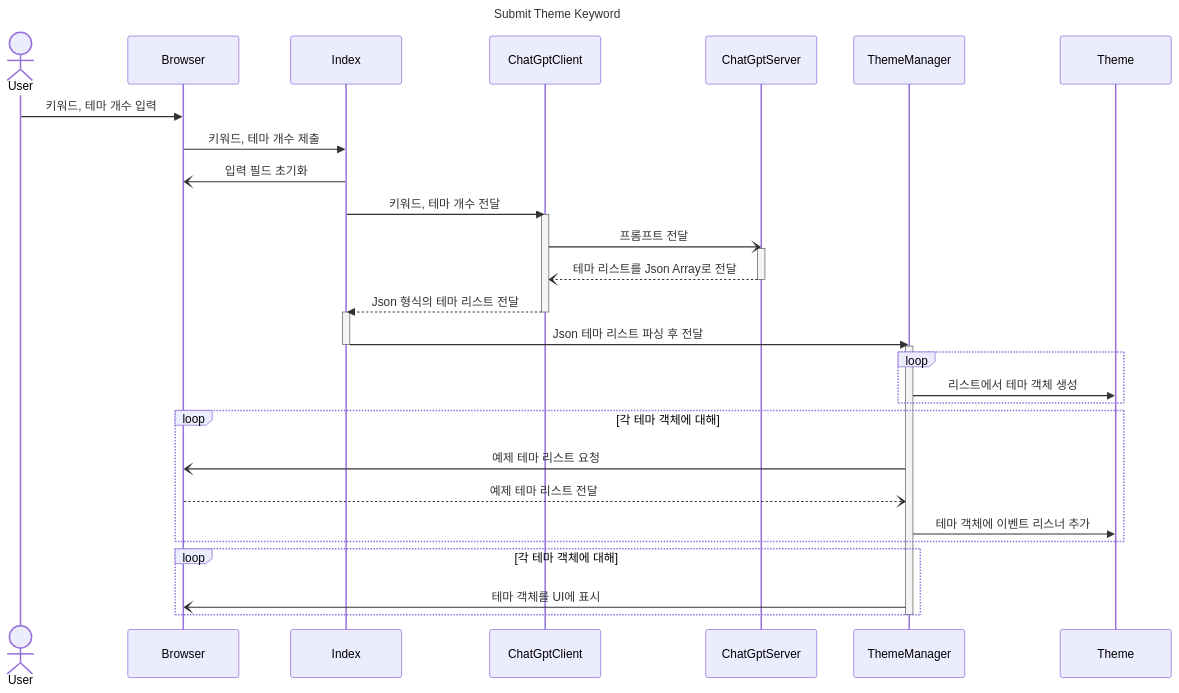
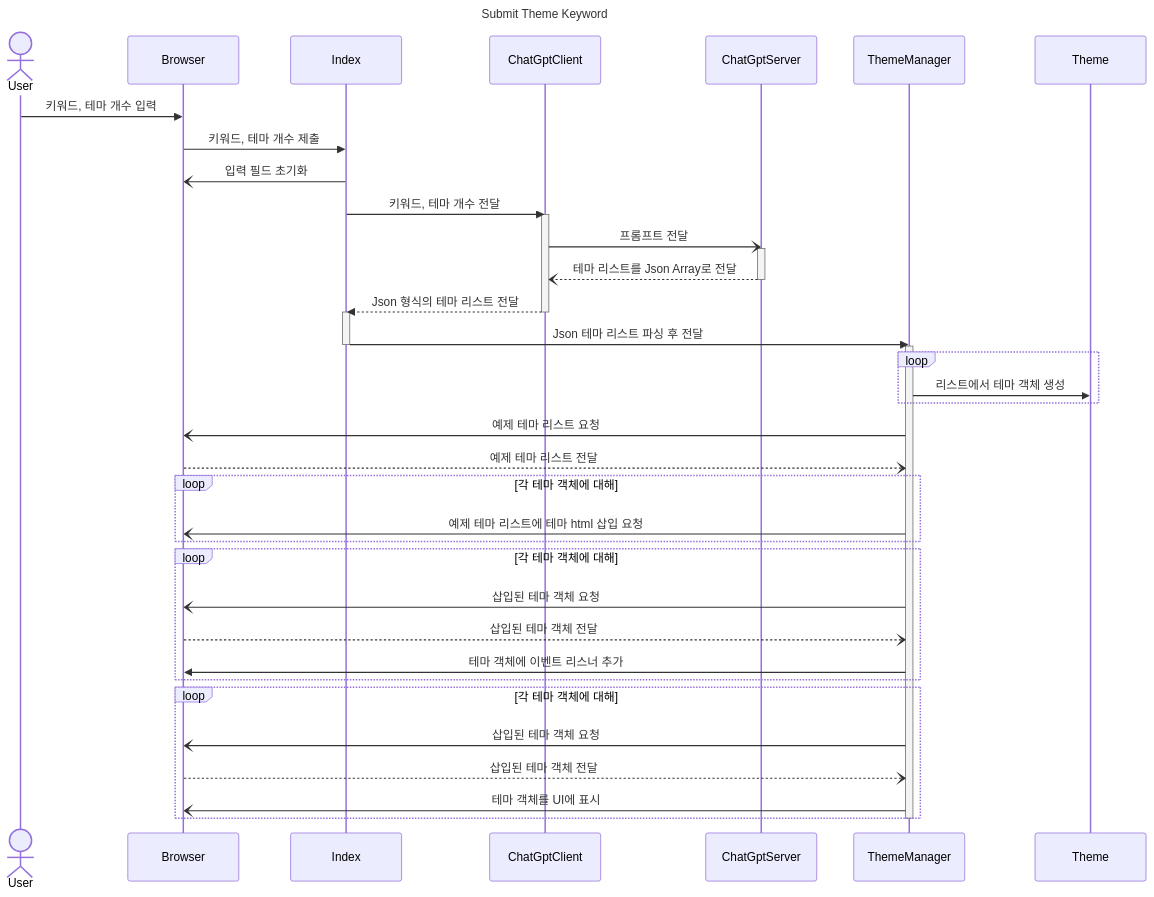
The third of 4 diagrams in README.md (ZeyaKim/themeforge), drawn with Mermaid before and after one commit. The commit also changed other lines of this file and 1 other file, not shown here.

Commit message:
📝 update sequence diagram

````diff
--- a/README.md
+++ b/README.md
@@ -175,40 +176,47 @@
 ```mermaid
 ---
 title: Submit Theme Keyword
 ---
 sequenceDiagram
     actor User
     participant Browser
     participant Index
     participant ChatGptClient
     participant ChatGptServer
     participant ThemeManager
 
     User->>Browser: 키워드, 테마 개수 입력
     Browser->>Index: 키워드, 테마 개수 제출
     Index-)Browser: 입력 필드 초기화
     Index->>ChatGptClient: 키워드, 테마 개수 전달
     activate ChatGptClient
     ChatGptClient-)ChatGptServer: 프롬프트 전달
     activate ChatGptServer
     ChatGptServer--)ChatGptClient: 테마 리스트를 Json Array로 전달
     deactivate ChatGptServer
     ChatGptClient-->>Index: Json 형식의 테마 리스트 전달
     deactivate ChatGptClient
     activate Index
     Index->>ThemeManager: Json 테마 리스트 파싱 후 전달
     deactivate Index
     activate ThemeManager
     loop
         ThemeManager->>Theme: 리스트에서 테마 객체 생성
     end
-    loop 각 테마 객체에 대해
-        ThemeManager-)Browser: 예제 테마 리스트 요청
-        Browser--)ThemeManager: 예제 테마 리스트 전달
-        ThemeManager->>Theme: 테마 객체에 이벤트 리스너 추가
+    ThemeManager-)Browser: 예제 테마 리스트 요청
+    Browser--)ThemeManager: 예제 테마 리스트 전달
+    loop 각 테마 객체에 대해    
+        ThemeManager-)Browser: 예제 테마 리스트에 테마 html 삽입 요청
     end
     loop 각 테마 객체에 대해
+        ThemeManager-)Browser: 삽입된 테마 객체 요청
+        Browser--)ThemeManager: 삽입된 테마 객체 전달
+        ThemeManager->>Browser: 테마 객체에 이벤트 리스너 추가
+    end
+    loop 각 테마 객체에 대해
+        ThemeManager-)Browser: 삽입된 테마 객체 요청
+        Browser--)ThemeManager: 삽입된 테마 객체 전달
         ThemeManager-)Browser: 테마 객체를 UI에 표시
     end
     deactivate ThemeManager
 ```
````
